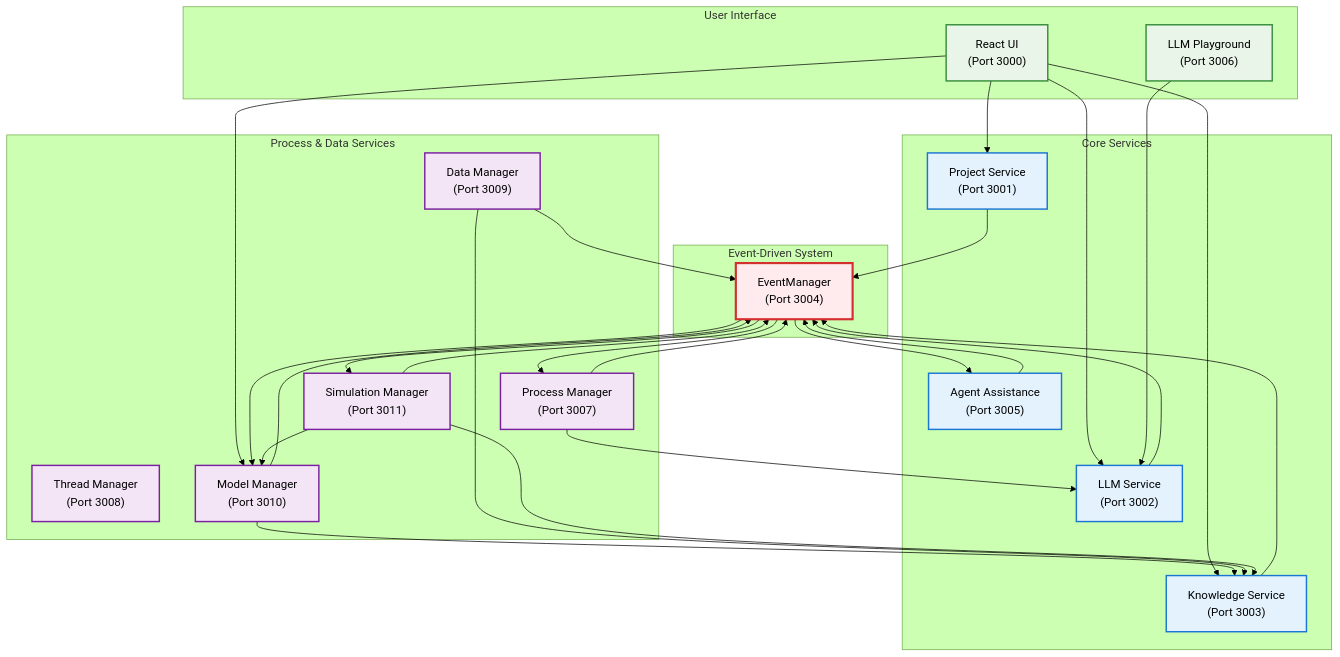
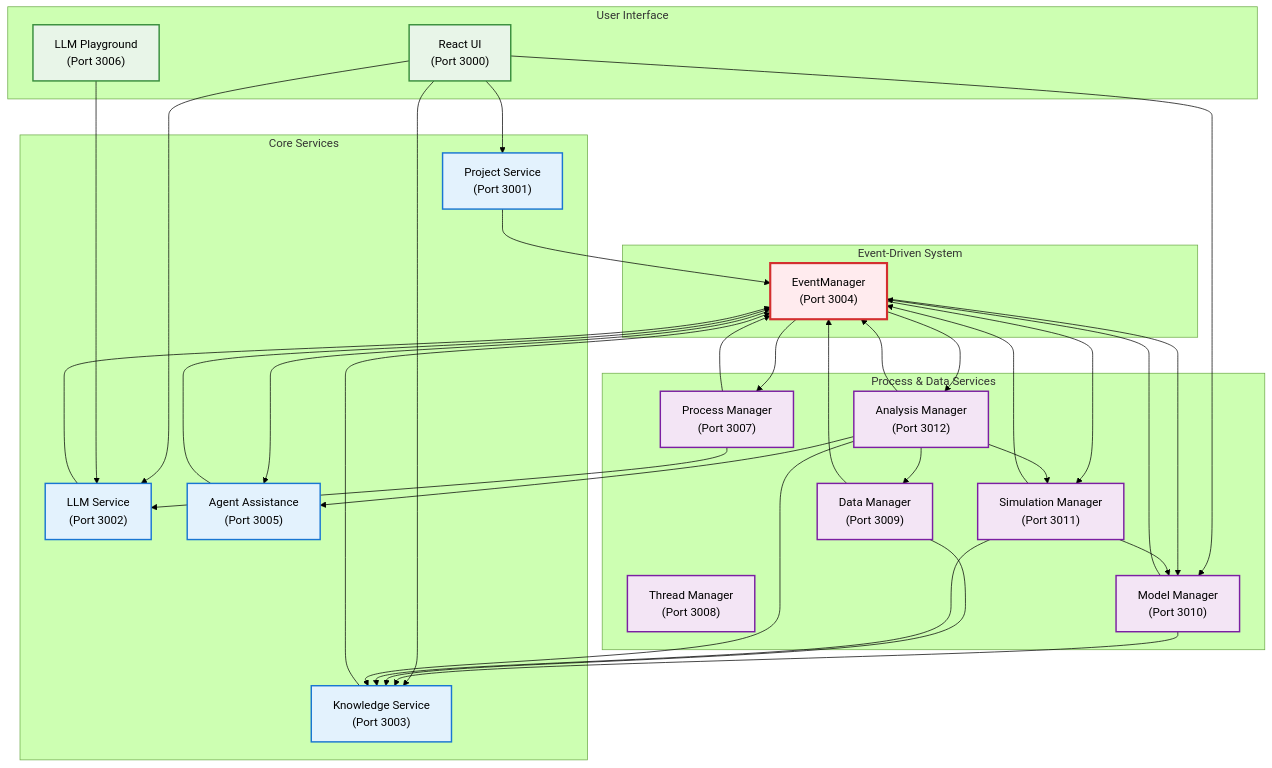
Before and after one commit to laserpointlabs/dadms: the first of 2 diagrams in docs/architecture/README.md, drawn with Mermaid (forest theme). The commit also changed other lines of this file and 9 other files, not shown here.

````diff
--- a/docs/architecture/README.md
+++ b/docs/architecture/README.md
@@ -17,67 +17,74 @@
 ```mermaid
 %%{init: { 'flowchart': { 'curve': 'orthogonal' }}}%%
 flowchart TD
     subgraph UI["User Interface"]
         WebUI["React UI<br/>(Port 3000)"]
         Playground["LLM Playground<br/>(Port 3006)"]
     end
     
     subgraph CoreServices["Core Services"]
         ProjectService["Project Service<br/>(Port 3001)"]
         LLMService["LLM Service<br/>(Port 3002)"]
         KnowledgeService["Knowledge Service<br/>(Port 3003)"]
         AAS["Agent Assistance<br/>(Port 3005)"]
     end
     
     subgraph EventSystem["Event-Driven System"]
         EventManager["EventManager<br/>(Port 3004)"]
     end
     
     subgraph ProcessServices["Process & Data Services"]
         ProcessManager["Process Manager<br/>(Port 3007)"]
         ThreadManager["Thread Manager<br/>(Port 3008)"]
         DataManager["Data Manager<br/>(Port 3009)"]
         ModelManager["Model Manager<br/>(Port 3010)"]
         SimulationManager["Simulation Manager<br/>(Port 3011)"]
+        AnalysisManager["Analysis Manager<br/>(Port 3012)"]
     end
     
     %% UI connections
     WebUI --> ProjectService
     WebUI --> KnowledgeService
     WebUI --> LLMService
     WebUI --> ModelManager
     Playground --> LLMService
     
     %% Service to EventManager connections
     ProjectService --> EventManager
     LLMService --> EventManager
     KnowledgeService --> EventManager
     AAS --> EventManager
     ProcessManager --> EventManager
     DataManager --> EventManager
     ModelManager --> EventManager
     SimulationManager --> EventManager
+    AnalysisManager --> EventManager
     
     %% EventManager back to services
     EventManager --> AAS
     EventManager --> ProcessManager
     EventManager --> ModelManager
     EventManager --> SimulationManager
+    EventManager --> AnalysisManager
     
     %% Service interconnections
     ProcessManager --> LLMService
     ModelManager --> KnowledgeService
     DataManager --> KnowledgeService
     SimulationManager --> ModelManager
     SimulationManager --> KnowledgeService
+    AnalysisManager --> SimulationManager
+    AnalysisManager --> DataManager
+    AnalysisManager --> KnowledgeService
+    AnalysisManager --> AAS
     
     classDef ui fill:#e8f5e8,stroke:#388e3c,stroke-width:2px;
     classDef core fill:#e3f2fd,stroke:#1976d2,stroke-width:2px;
     classDef event fill:#ffebee,stroke:#d32f2f,stroke-width:3px;
     classDef process fill:#f3e5f5,stroke:#7b1fa2,stroke-width:2px;
     
     class WebUI,Playground ui;
     class ProjectService,LLMService,KnowledgeService,AAS core;
     class EventManager event;
-    class ProcessManager,ThreadManager,DataManager,ModelManager,SimulationManager process;
+    class ProcessManager,ThreadManager,DataManager,ModelManager,SimulationManager,AnalysisManager process;
 ```
````
